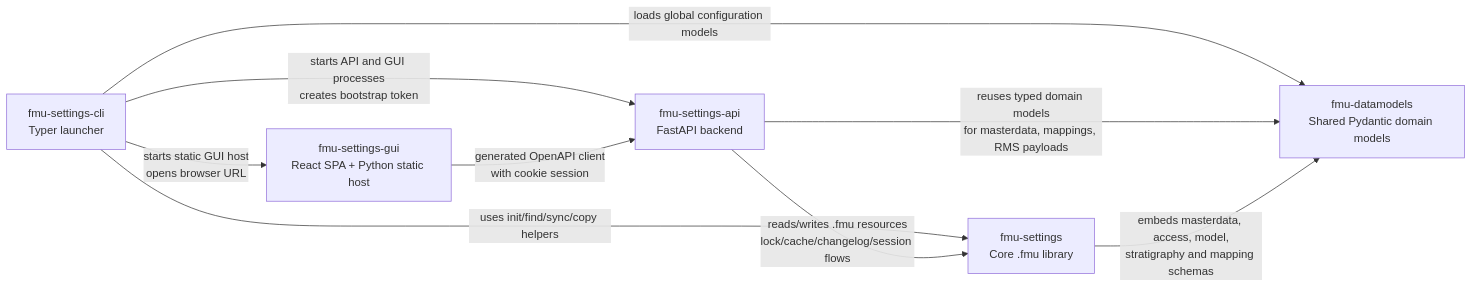
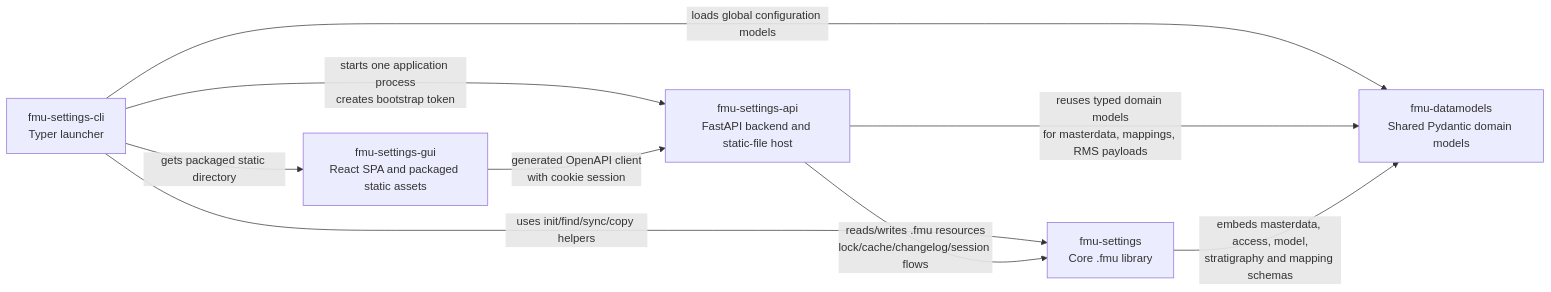
One commit to equinor/fmu-settings changed the first of 3 diagrams in ARCHITECTURE.md. Above: the diagram before and after it, drawn with Mermaid. The commit also changed other lines of this file and 1 other file, not shown here.

Commit message:
DOC: Update single server architecture (#296)

````diff
--- a/ARCHITECTURE.md
+++ b/ARCHITECTURE.md
@@ -9,20 +9,20 @@
 ```mermaid
 flowchart LR
     CLI["fmu-settings-cli\nTyper launcher"]
-    API["fmu-settings-api\nFastAPI backend"]
-    GUI["fmu-settings-gui\nReact SPA + Python static host"]
+    API["fmu-settings-api\nFastAPI backend and static-file host"]
+    GUI["fmu-settings-gui\nReact SPA and packaged static assets"]
     LIB["fmu-settings\nCore .fmu library"]
     MODELS["fmu-datamodels\nShared Pydantic domain models"]
 
-    CLI -->|starts API and GUI processes\ncreates bootstrap token| API
-    CLI -->|starts static GUI host\nopens browser URL| GUI
+    CLI -->|starts one application process\ncreates bootstrap token| API
+    CLI -->|gets packaged static directory| GUI
     CLI -->|uses init/find/sync/copy helpers| LIB
     CLI -->|loads global configuration models| MODELS
 
     GUI -->|generated OpenAPI client\nwith cookie session| API
 
     API -->|reads/writes .fmu resources\nlock/cache/changelog/session flows| LIB
     API -->|reuses typed domain models\nfor masterdata, mappings, RMS payloads| MODELS
 
     LIB -->|embeds masterdata, access, model,\nstratigraphy and mapping schemas| MODELS
 ```
````
